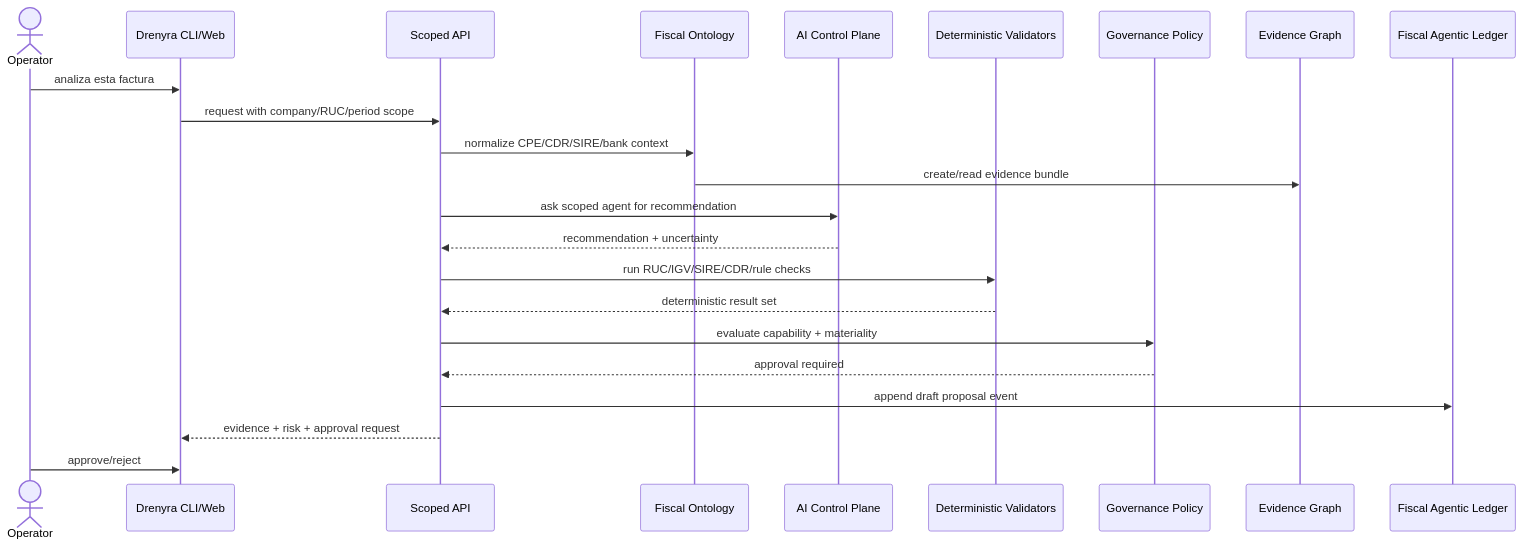
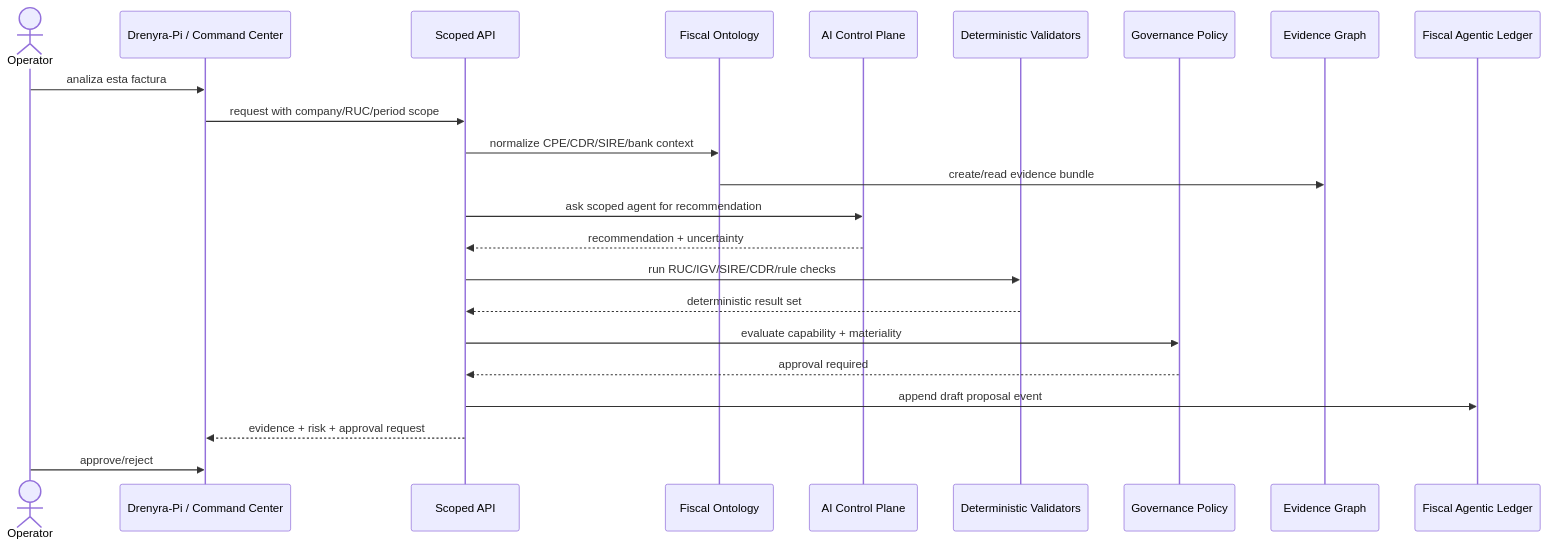
One commit to arkelythex/drenyra-command-center changed the third of 3 diagrams in docs/14-design/fiscal-intelligence-platform.md. Above: the diagram before and after it, drawn with Mermaid. The commit also changed other lines of this file and 354 other files, not shown here.

````diff
--- a/docs/14-design/fiscal-intelligence-platform.md
+++ b/docs/14-design/fiscal-intelligence-platform.md
@@ -297,26 +298,26 @@
 ```mermaid
 sequenceDiagram
   actor Operator
-  participant CLI as Drenyra CLI/Web
+  participant Surface as Drenyra-Pi / Command Center
   participant API as Scoped API
   participant ONT as Fiscal Ontology
   participant AI as AI Control Plane
   participant VAL as Deterministic Validators
   participant GOV as Governance Policy
   participant EVD as Evidence Graph
   participant FAL as Fiscal Agentic Ledger
 
-  Operator->>CLI: analiza esta factura
-  CLI->>API: request with company/RUC/period scope
+  Operator->>Surface: analiza esta factura
+  Surface->>API: request with company/RUC/period scope
   API->>ONT: normalize CPE/CDR/SIRE/bank context
   ONT->>EVD: create/read evidence bundle
   API->>AI: ask scoped agent for recommendation
   AI-->>API: recommendation + uncertainty
   API->>VAL: run RUC/IGV/SIRE/CDR/rule checks
   VAL-->>API: deterministic result set
   API->>GOV: evaluate capability + materiality
   GOV-->>API: approval required
   API->>FAL: append draft proposal event
-  API-->>CLI: evidence + risk + approval request
-  Operator->>CLI: approve/reject
+  API-->>Surface: evidence + risk + approval request
+  Operator->>Surface: approve/reject
 ```
````
